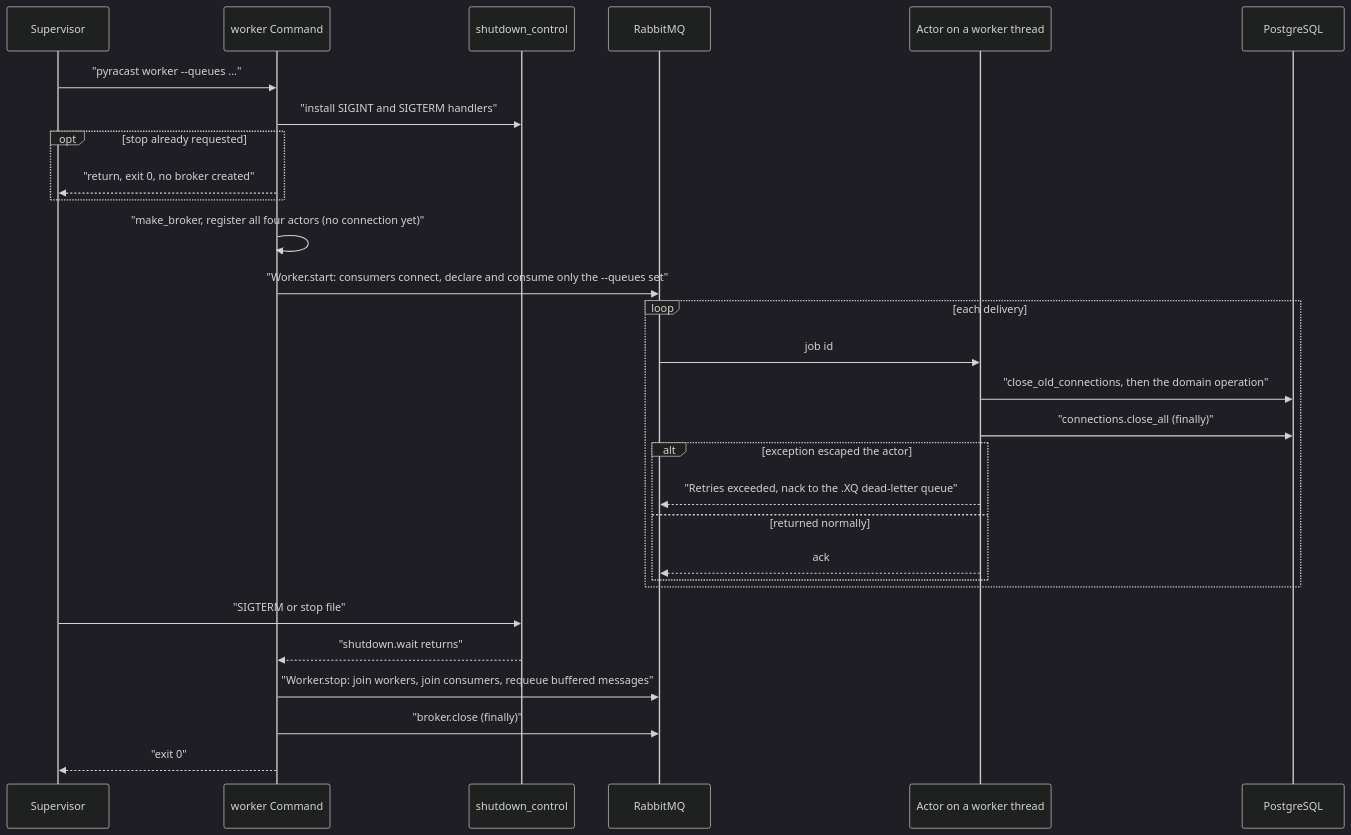
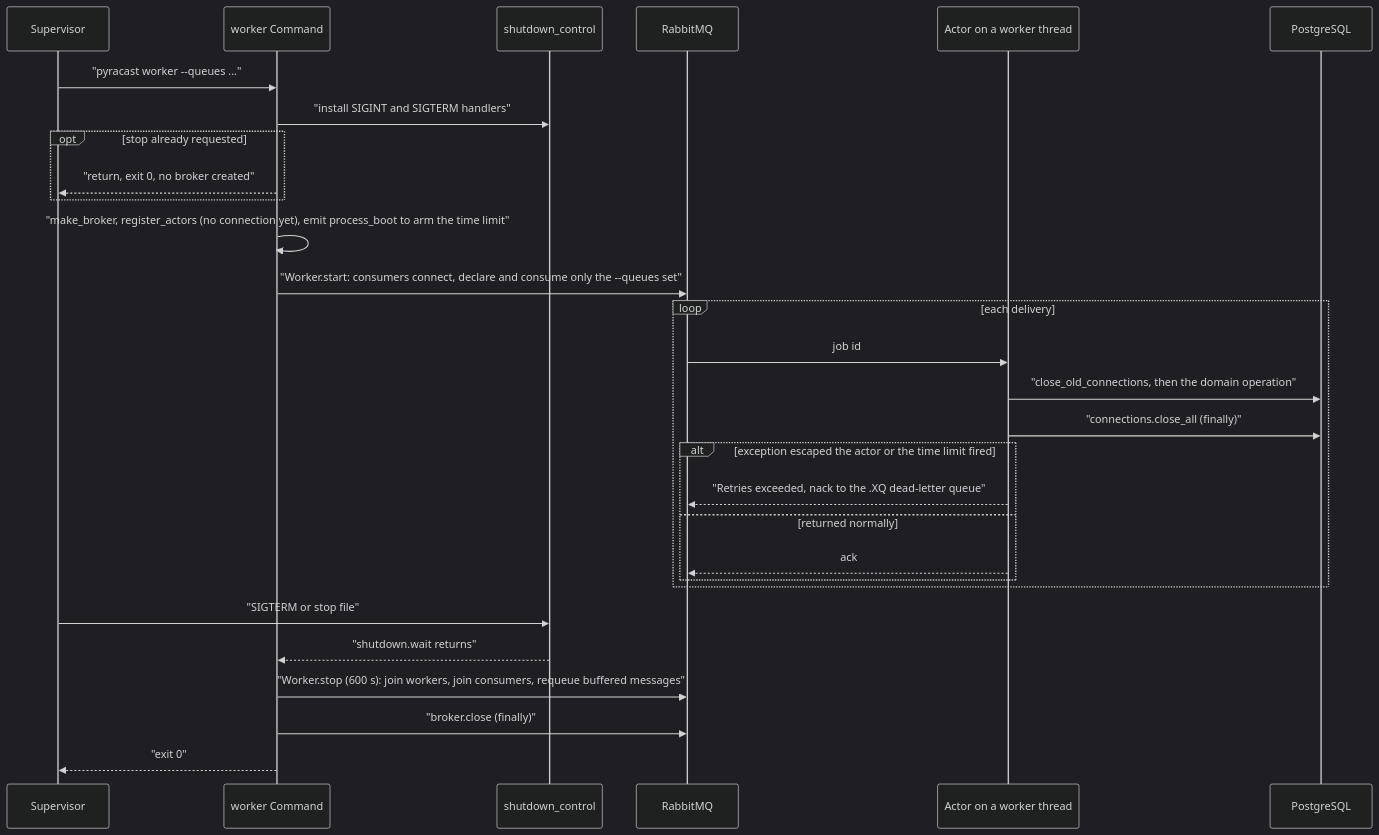
Before and after one commit to erkurtharun/pyracast: the diagram in docs/flows/worker-runtime.md, drawn with Mermaid (dark theme). The commit also changed other lines of this file and 85 other files, not shown here.

First line of the commit message:
Bring the flow pages in line with the code (#107)

````diff
--- a/docs/flows/worker-runtime.md
+++ b/docs/flows/worker-runtime.md
@@ -15,31 +16,31 @@
 ```mermaid
 sequenceDiagram
     participant S as Supervisor
     participant W as worker Command
     participant C as shutdown_control
     participant Q as RabbitMQ
     participant A as Actor on a worker thread
     participant D as PostgreSQL
     S->>W: "pyracast worker --queues ..."
     W->>C: "install SIGINT and SIGTERM handlers"
     opt stop already requested
         W-->>S: "return, exit 0, no broker created"
     end
-    W->>W: "make_broker, register all four actors (no connection yet)"
+    W->>W: "make_broker, register_actors (no connection yet), emit process_boot to arm the time limit"
     W->>Q: "Worker.start: consumers connect, declare and consume only the --queues set"
     loop each delivery
         Q->>A: job id
         A->>D: "close_old_connections, then the domain operation"
         A->>D: "connections.close_all (finally)"
-        alt exception escaped the actor
+        alt exception escaped the actor or the time limit fired
             A-->>Q: "Retries exceeded, nack to the .XQ dead-letter queue"
         else returned normally
             A-->>Q: ack
         end
     end
     S->>C: "SIGTERM or stop file"
     C-->>W: "shutdown.wait returns"
-    W->>Q: "Worker.stop: join workers, join consumers, requeue buffered messages"
+    W->>Q: "Worker.stop (600 s): join workers, join consumers, requeue buffered messages"
     W->>Q: "broker.close (finally)"
     W-->>S: "exit 0"
 ```
````
